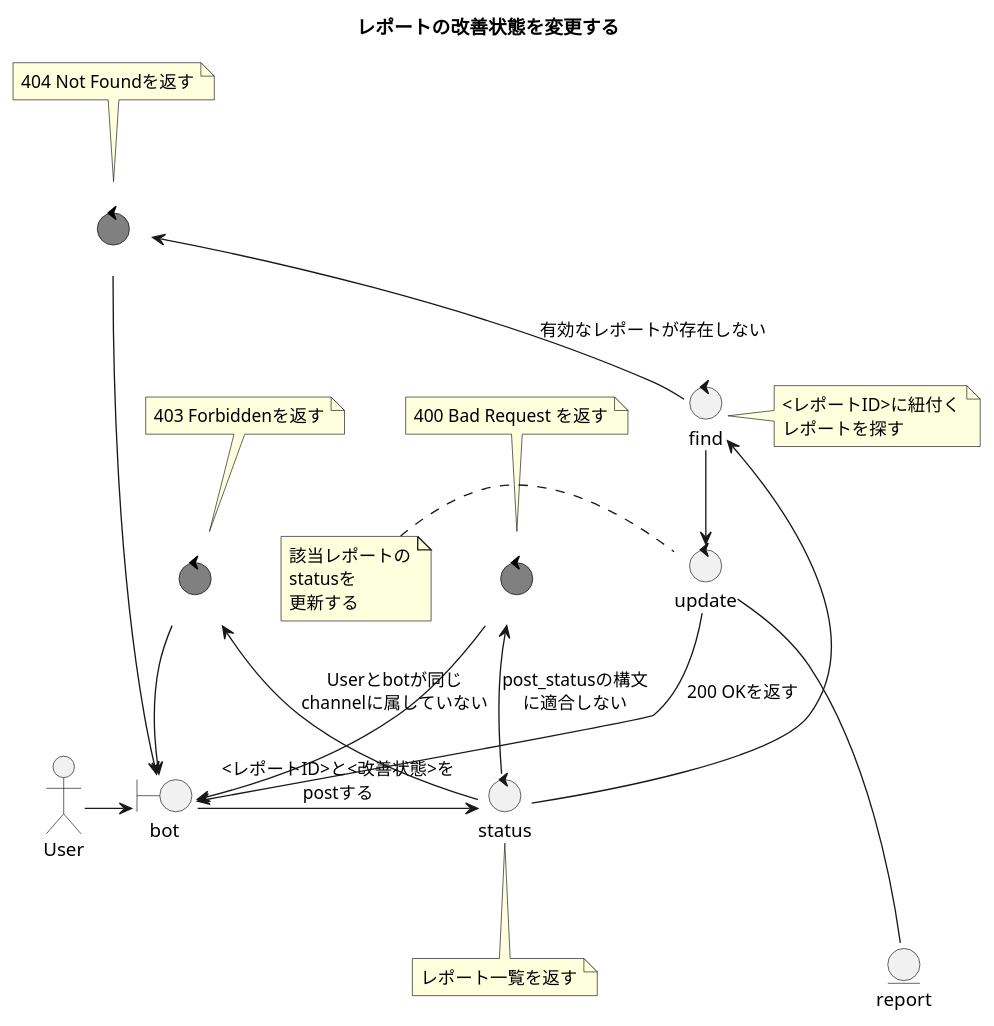
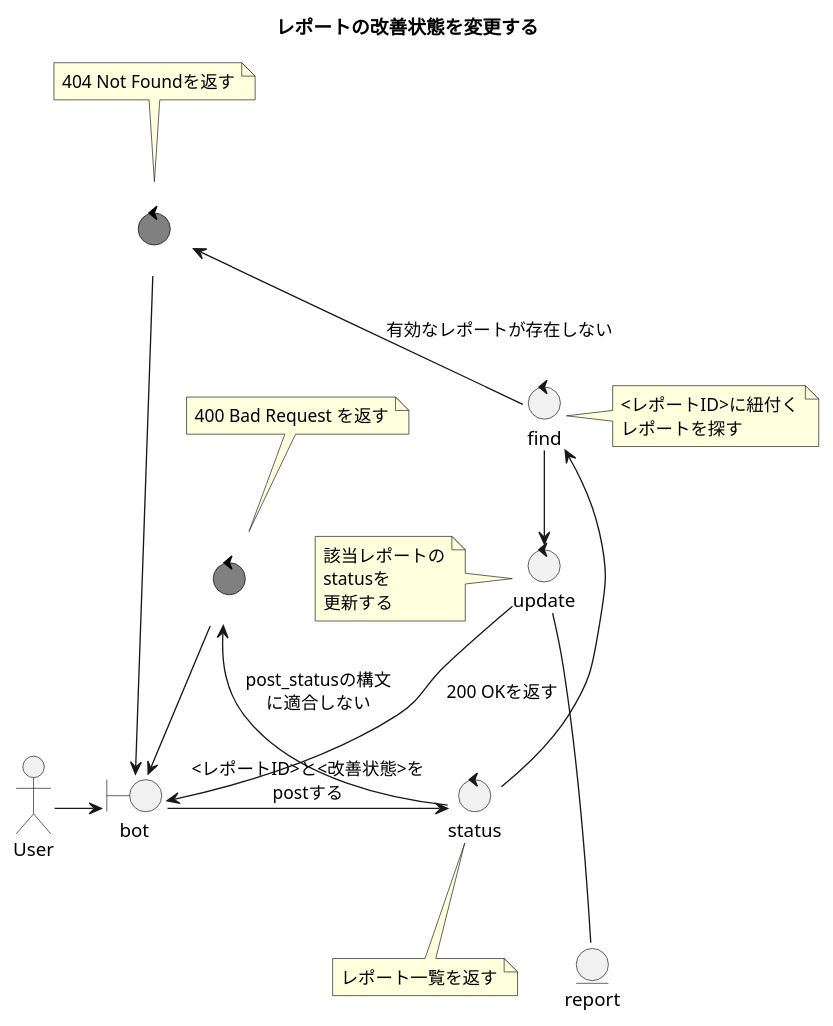
One commit to ito-masam/kpt-guard.doc changed the diagram in 1.design/3.robustnesses/post-report-change-status.md. Above: the diagram before and after it, drawn with PlantUML. The commit also changed 15 other files, not shown here.

```diff
--- a/1.design/3.robustnesses/post-report-change-status.md
+++ b/1.design/3.robustnesses/post-report-change-status.md
@@ -1,63 +1,56 @@
 @startuml
 
     ' ----------- meta
     title レポートの改善状態を変更する
 
     skinparam {
       ControlFontColor<<error>> white
       ControlFontName<<error>> Verdana
       ControlBackgroundColor<<error>> gray
       ControlBorderColor<<error>> black
     }
 
     actor User
     boundary bot
     control status
     note bottom of status
         レポート一覧を返す
     end note
     control find
     note right of find
         <レポートID>に紐付く
         レポートを探す
     end note
     control update
     note left of update
         該当レポートの
         statusを
         更新する
     end note
     entity report
 
 
     ' ----------- main
     User -right-> bot
     bot -right-> status : <レポートID>と<改善状態>を\npostする
     status -right-> find
     find --> update
     update --- report
     update --> bot : 200 OKを返す
 
     ' ----------- alternative
     control error400 <<error>>
     note top of error400
         400 Bad Request を返す
     end note
     status -up-> error400 : post_statusの構文\nに適合しない
     error400 --> bot
 
-    control error403 <<error>>
-    note top of error403
-        403 Forbiddenを返す
-    end note
-    status -up->  error403 : Userとbotが同じ\nchannelに属していない
-    error403 --> bot
-
     control error404 <<error>>
     note top of error404
         404 Not Foundを返す
     end note
     find -up-> error404 : 有効なレポートが存在しない
     error404 --> bot
 
 @enduml
```
